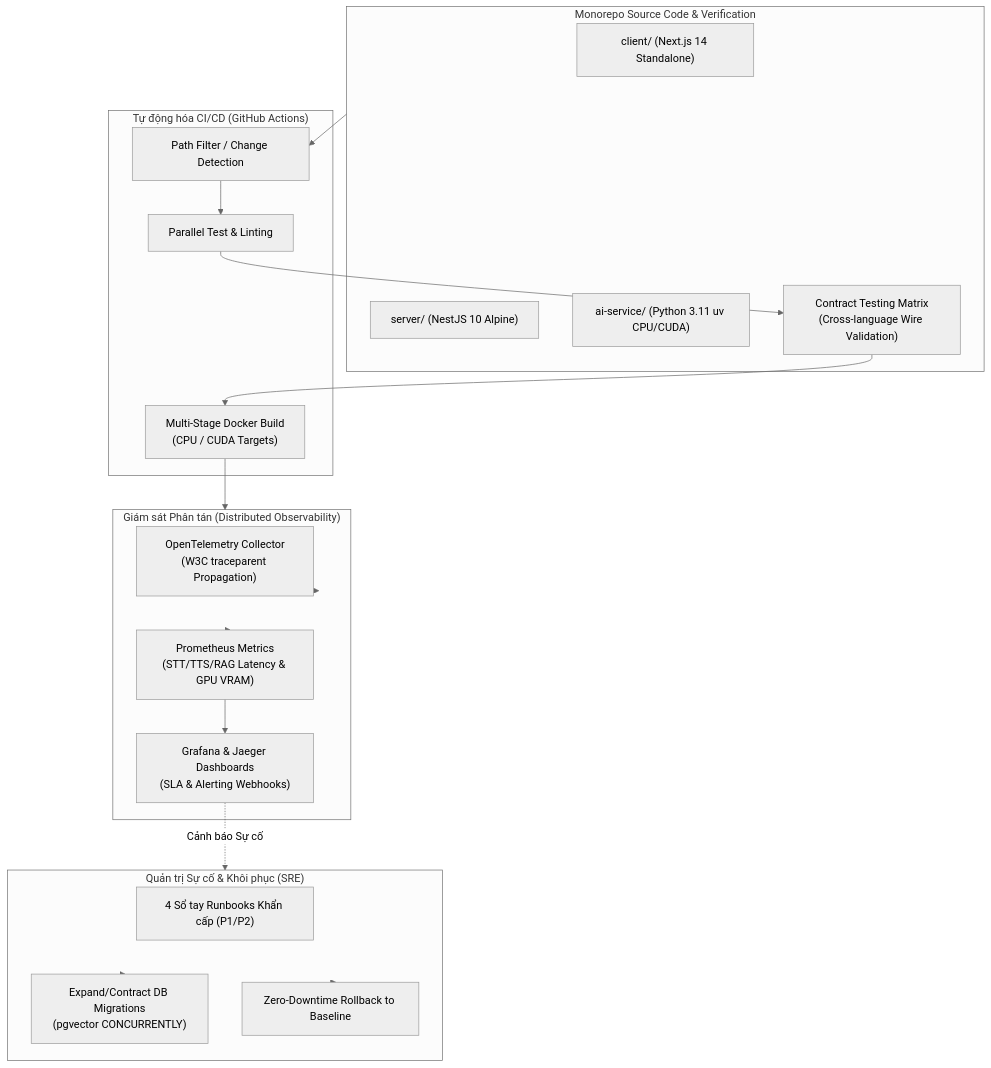
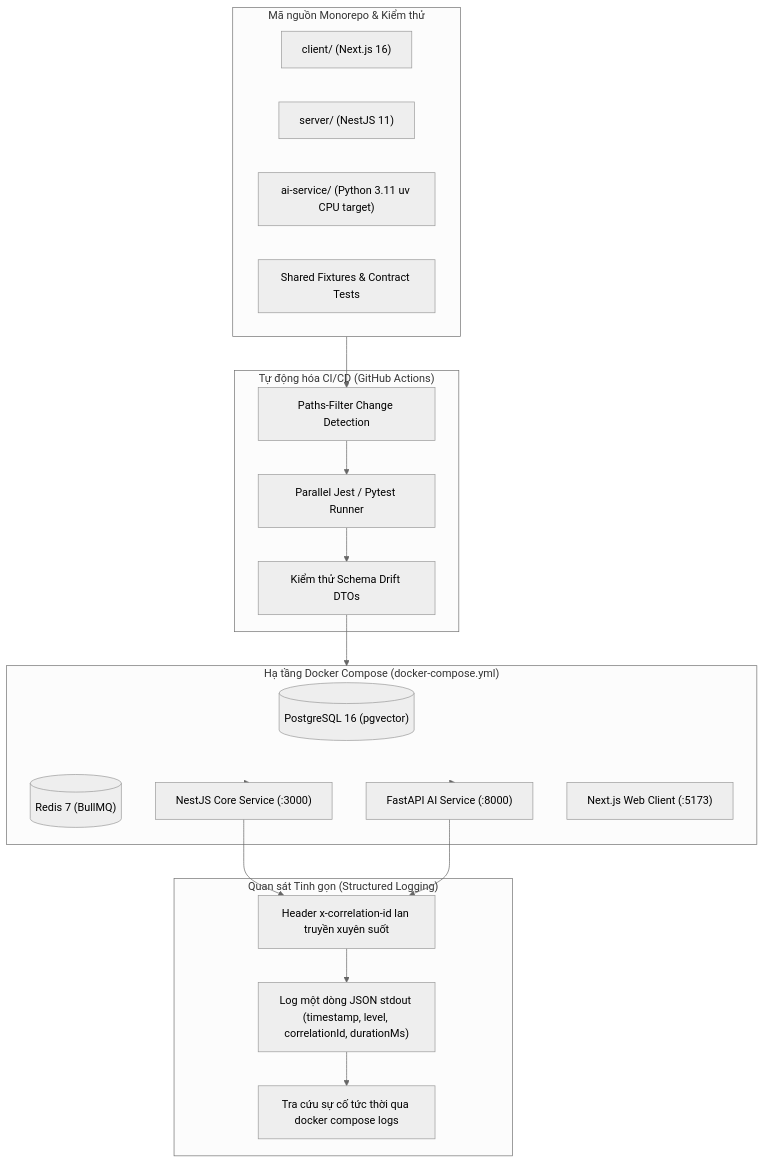
The diagram in docs/refactor-docs/05_PHASE_5_DEV_OPS_INFRA/00_PHASE_5_OVERVIEW_AND_ARCHITECTURE.md (lethanhan01/interview-coach), drawn with Mermaid (neutral theme) before and after one commit. The commit also changed other lines of this file and 34 other files, not shown here.

````diff
--- a/docs/refactor-docs/05_PHASE_5_DEV_OPS_INFRA/00_PHASE_5_OVERVIEW_AND_ARCHITECTURE.md
+++ b/docs/refactor-docs/05_PHASE_5_DEV_OPS_INFRA/00_PHASE_5_OVERVIEW_AND_ARCHITECTURE.md
@@ -16,41 +16,41 @@
 ```mermaid
 graph TD
-    subgraph MonorepoCode["Monorepo Source Code & Verification"]
-        Client["client/ (Next.js 14 Standalone)"]
-        Server["server/ (NestJS 10 Alpine)"]
-        AISvc["ai-service/ (Python 3.11 uv CPU/CUDA)"]
-        ContractTest["Contract Testing Matrix<br/>(Cross-language Wire Validation)"]
+    subgraph MonorepoCode["Mã nguồn Monorepo & Kiểm thử"]
+        Client["client/ (Next.js 16)"]
+        Server["server/ (NestJS 11)"]
+        AISvc["ai-service/ (Python 3.11 uv CPU target)"]
+        ContractTest["Shared Fixtures & Contract Tests"]
     end
 
     subgraph CICDPipeline["Tự động hóa CI/CD (GitHub Actions)"]
-        Detect["Path Filter / Change Detection"]
-        BuildTest["Parallel Test & Linting"]
-        BuildDocker["Multi-Stage Docker Build<br/>(CPU / CUDA Targets)"]
+        Detect["Paths-Filter Change Detection"]
+        BuildTest["Parallel Jest / Pytest Runner"]
+        ContractCheck["Kiểm thử Schema Drift DTOs"]
     end
 
-    subgraph ObservabilityStack["Giám sát Phân tán (Distributed Observability)"]
-        OTel["OpenTelemetry Collector<br/>(W3C traceparent Propagation)"]
-        Prom["Prometheus Metrics<br/>(STT/TTS/RAG Latency & GPU VRAM)"]
-        Grafana["Grafana & Jaeger Dashboards<br/>(SLA & Alerting Webhooks)"]
+    subgraph ContainerStack["Hạ tầng Docker Compose (docker-compose.yml)"]
+        Postgres[("PostgreSQL 16 (pgvector)")]
+        Redis[("Redis 7 (BullMQ)")]
+        AppServer["NestJS Core Service (:3000)"]
+        AppAI["FastAPI AI Service (:8000)"]
+        AppClient["Next.js Web Client (:5173)"]
     end
 
-    subgraph DisasterRecovery["Quản trị Sự cố & Khôi phục (SRE)"]
-        Runbooks["4 Sổ tay Runbooks Khẩn cấp (P1/P2)"]
-        SafeMigration["Expand/Contract DB Migrations<br/>(pgvector CONCURRENTLY)"]
-        FastFailover["Zero-Downtime Rollback to Baseline"]
+    subgraph PragmaticLogging["Quan sát Tinh gọn (Structured Logging)"]
+        Correlate["Header x-correlation-id lan truyền xuyên suốt"]
+        JSONLog["Log một dòng JSON stdout (timestamp, level, correlationId, durationMs)"]
+        FastDebug["Tra cứu sự cố tức thời qua docker compose logs"]
     end
 
     MonorepoCode --> Detect
     Detect --> BuildTest
-    BuildTest --> ContractTest
-    ContractTest --> BuildDocker
+    BuildTest --> ContractCheck
+    ContractCheck --> ContainerStack
 
-    BuildDocker --> ObservabilityStack
-    ObservabilityStack --> Prom
-    Prom --> Grafana
-    ObservabilityStack --> OTel
-
-    Grafana -.->|Cảnh báo Sự cố| DisasterRecovery
-    DisasterRecovery --> SafeMigration
-    DisasterRecovery --> FastFailover
+    ContainerStack --> AppServer
+    ContainerStack --> AppAI
+    AppServer --> Correlate
+    AppAI --> Correlate
+    Correlate --> JSONLog
+    JSONLog --> FastDebug
 ```
````
